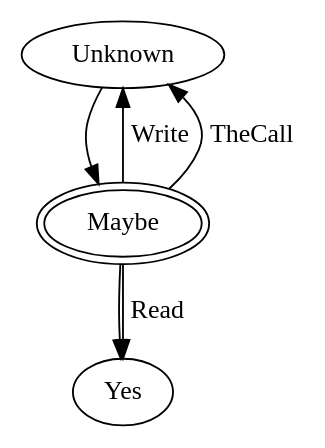
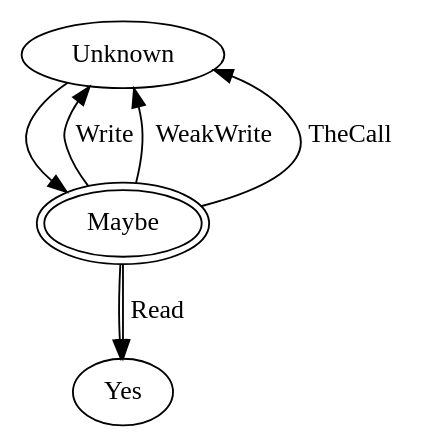
The diagram in lib/ABIAnalyses/UsedReturnValuesOfFunctionCall.dot (revng/revng), drawn with Graphviz before and after one commit. The commit also changed 10 other files, not shown here.

Commit message:
[NewMFPABI] Fix WeakWrite default behaviour

```diff
--- a/lib/ABIAnalyses/UsedReturnValuesOfFunctionCall.dot
+++ b/lib/ABIAnalyses/UsedReturnValuesOfFunctionCall.dot
@@ -1,18 +1,19 @@
 #
 # This file is distributed under the MIT License. See LICENSE.md for details.
 #
 
 digraph UsedReturnValuesOfFunctionCall {
   Unknown;
   Maybe [peripheries=2];
   Yes;
 
   # Lattice
   Unknown->Maybe;
   Maybe->Yes;
 
   # Transfer functions
   Maybe->Yes [label="Read"];
   Maybe->Unknown [label="Write"];
+  Maybe->Unknown [label="WeakWrite"];
   Maybe->Unknown [label="TheCall"];
 }
```
